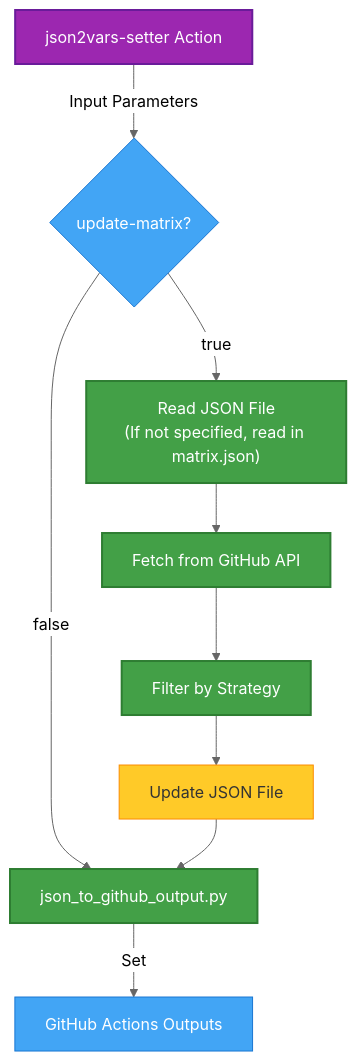
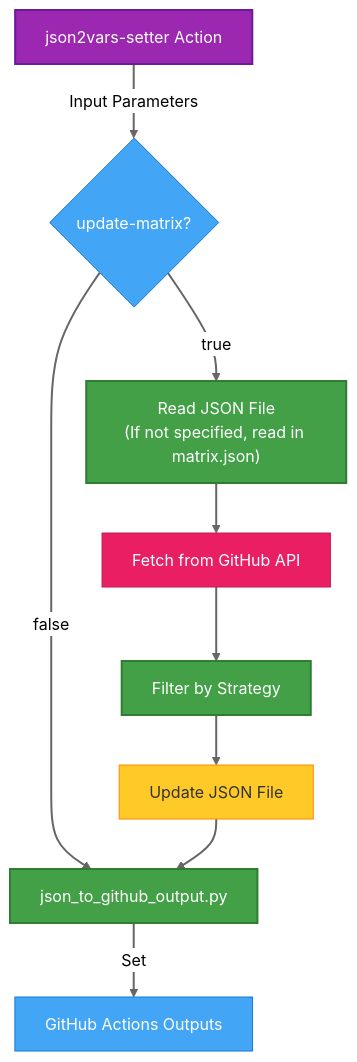
The first of 2 diagrams in docs/features/dynamic-update.md (7rikazhexde/json2vars-setter), drawn with Mermaid (neutral theme) before and after one commit. The commit also changed 3 other files, not shown here.

Commit message:
:art: Improve documentation and styles for Mermaid diagrams, including JSON structure updates and enhanced visual presentation

````diff
--- a/docs/features/dynamic-update.md
+++ b/docs/features/dynamic-update.md
@@ -9,31 +9,34 @@
 ```mermaid
 graph TD
     Start[json2vars-setter Action] -->|Input Parameters| Condition{update-matrix?}
 
     %% False path - direct JSON parsing
     Condition -->|false| G[json_to_github_output.py]
 
     %% True path - update then parse
     Condition -->|true| Step1[Read JSON File<br>#40;If not specified, read in matrix.json#41;]
     Step1 --> Step2[Fetch from GitHub API]
     Step2 --> Step3[Filter by Strategy]
     Step3 --> Step4[Update JSON File]
     Step4 --> G
 
     %% Common final step
     G -->|Set| H[GitHub Actions Outputs]
 
+    %% 中央配置の設定
+    linkStyle default stroke-width:2px
+
     classDef condition fill:#42a5f5,stroke:#1976d2,stroke-width:1px,color:#fff
     classDef process fill:#43a047,stroke:#2e7d32,stroke-width:2px,color:#fff
     classDef api fill:#e91e63,stroke:#c2185b,stroke-width:1px,color:#fff
     classDef json fill:#ffca28,stroke:#fb8c00,stroke-width:1px,color:#333333
     classDef output fill:#42a5f5,stroke:#1976d2,stroke-width:1px,color:#fff
     classDef start fill:#9c27b0,stroke:#6a1b9a,stroke-width:2px,color:#fff
 
     class Start start
     class Condition condition
     class Step2 api
-    class Step1,Step2,Step3,G process
+    class Step1,Step3,G process
     class Step4 json
     class H output
 ```
````
